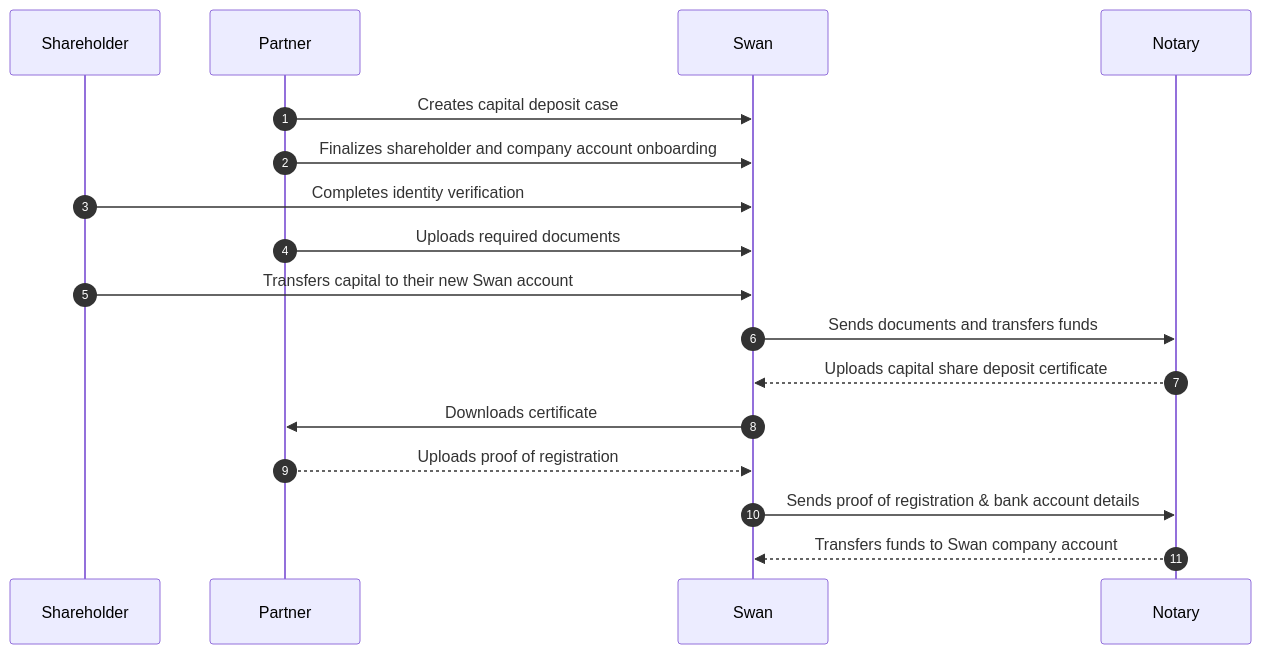
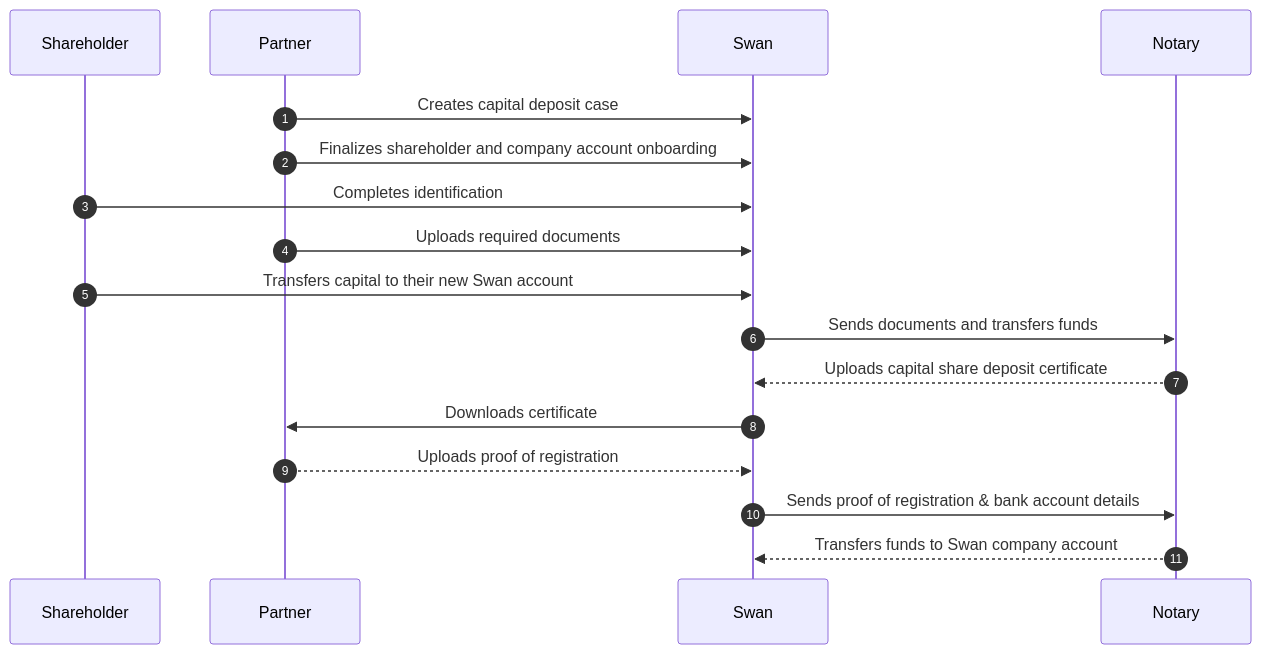
The fourth of 4 diagrams in docs/topics/capital-deposits/index.mdx (swan-io/docs), drawn with Mermaid before and after one commit. The commit also changed 3 other files, not shown here.

Commit message:
Add verify beneficiary link, change id verification to identification everywhere

````diff
--- a/docs/topics/capital-deposits/index.mdx
+++ b/docs/topics/capital-deposits/index.mdx
@@ -235,19 +235,19 @@
 ```mermaid
 sequenceDiagram
 autonumber
 participant SH as Shareholder
 participant P as Partner
 participant S as Swan
 participant N as Notary
     P->>S: Creates capital deposit case
     P->>S: Finalizes shareholder and company account onboarding
-    SH->>S: Completes identity verification
+    SH->>S: Completes identification
     P->>S: Uploads required documents
     SH->>S: Transfers capital to their new Swan account
     S ->> N: Sends documents and transfers funds
     N -->> S: Uploads capital share deposit certificate
     S ->> P: Downloads certificate
     P -->> S: Uploads proof of registration
     S ->> N: Sends proof of registration & bank account details
     N -->> S: Transfers funds to Swan company account
 ```
````
